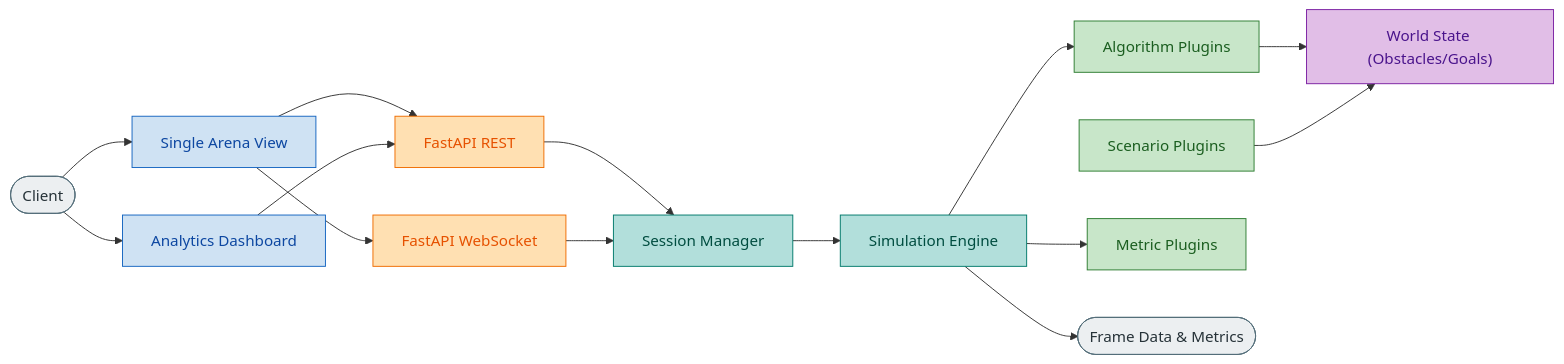
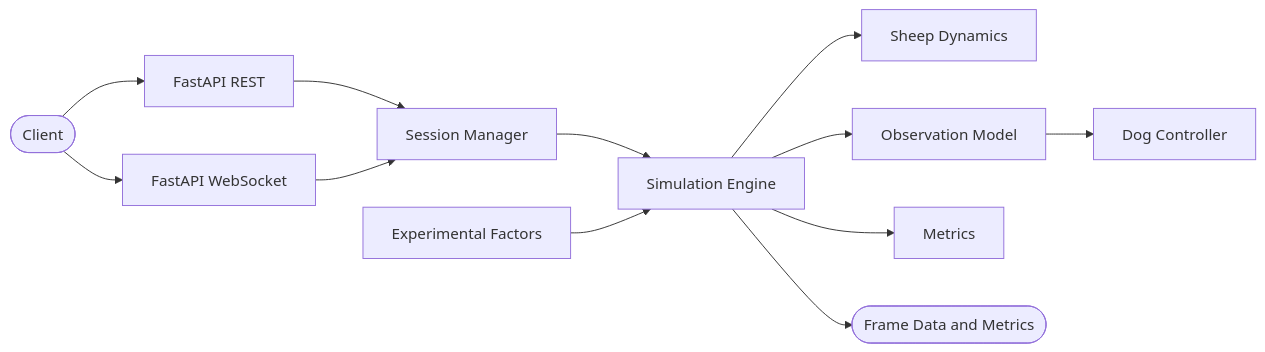
Before and after one commit to lykimq/HerdSim: the diagram in docs/architecture.md, drawn with Mermaid. The commit also changed other lines of this file and 90 other files, not shown here.

````diff
--- a/docs/architecture.md
+++ b/docs/architecture.md
@@ -23,43 +17,26 @@
 ```mermaid
 flowchart LR
-  startNode([Client])
-  uiSingle["Single Arena View"]
-  uiAnalytics["Analytics Dashboard"]
+  client([Client])
   apiHTTP["FastAPI REST"]
   apiWS["FastAPI WebSocket"]
   sessions["Session Manager"]
   runner["Simulation Engine"]
-  algo["Algorithm Plugins"]
-  scenario["Scenario Plugins"]
-  metrics["Metric Plugins"]
-  world["World State (Obstacles/Goals)"]
-  endNode(["Frame Data & Metrics"])
+  factors["Experimental Factors"]
+  sheep["Sheep Dynamics"]
+  obs["Observation Model"]
+  dogs["Dog Controller"]
+  metrics["Metrics"]
+  out(["Frame Data and Metrics"])
 
-  startNode --> uiSingle
-  startNode --> uiAnalytics
-  uiSingle --> apiHTTP
-  uiSingle --> apiWS
-  uiAnalytics --> apiHTTP
+  client --> apiHTTP
+  client --> apiWS
   apiHTTP --> sessions
   apiWS --> sessions
   sessions --> runner
+  factors --> runner
+  runner --> sheep
+  runner --> obs
+  obs --> dogs
   runner --> metrics
-  runner --> algo
-  algo --> world
-  scenario --> world
-  runner --> endNode
-
-  classDef ui fill:#cfe2f3,stroke:#1565c0,color:#0d47a1
-  classDef wiring fill:#b2dfdb,stroke:#00796b,color:#004d40
-  classDef domain fill:#c8e6c9,stroke:#2e7d32,color:#1b5e20
-  classDef shared fill:#e1bee7,stroke:#7b1fa2,color:#4a148c
-  classDef transport fill:#ffe0b2,stroke:#ef6c00,color:#e65100
-  classDef start fill:#eceff1,stroke:#546e7a,color:#263238
-
-  class uiSingle,uiAnalytics ui
-  class apiHTTP,apiWS transport
-  class sessions,runner wiring
-  class algo,scenario,metrics domain
-  class world shared
-  class startNode,endNode start
+  runner --> out
 ```
````
